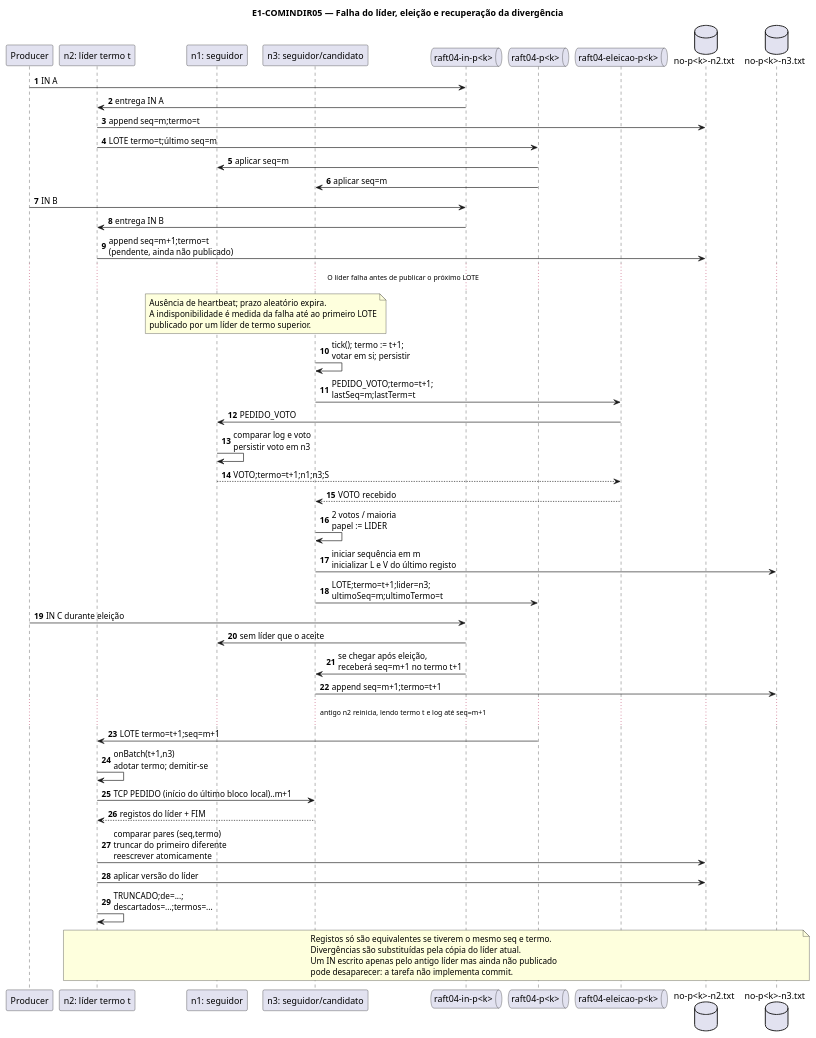
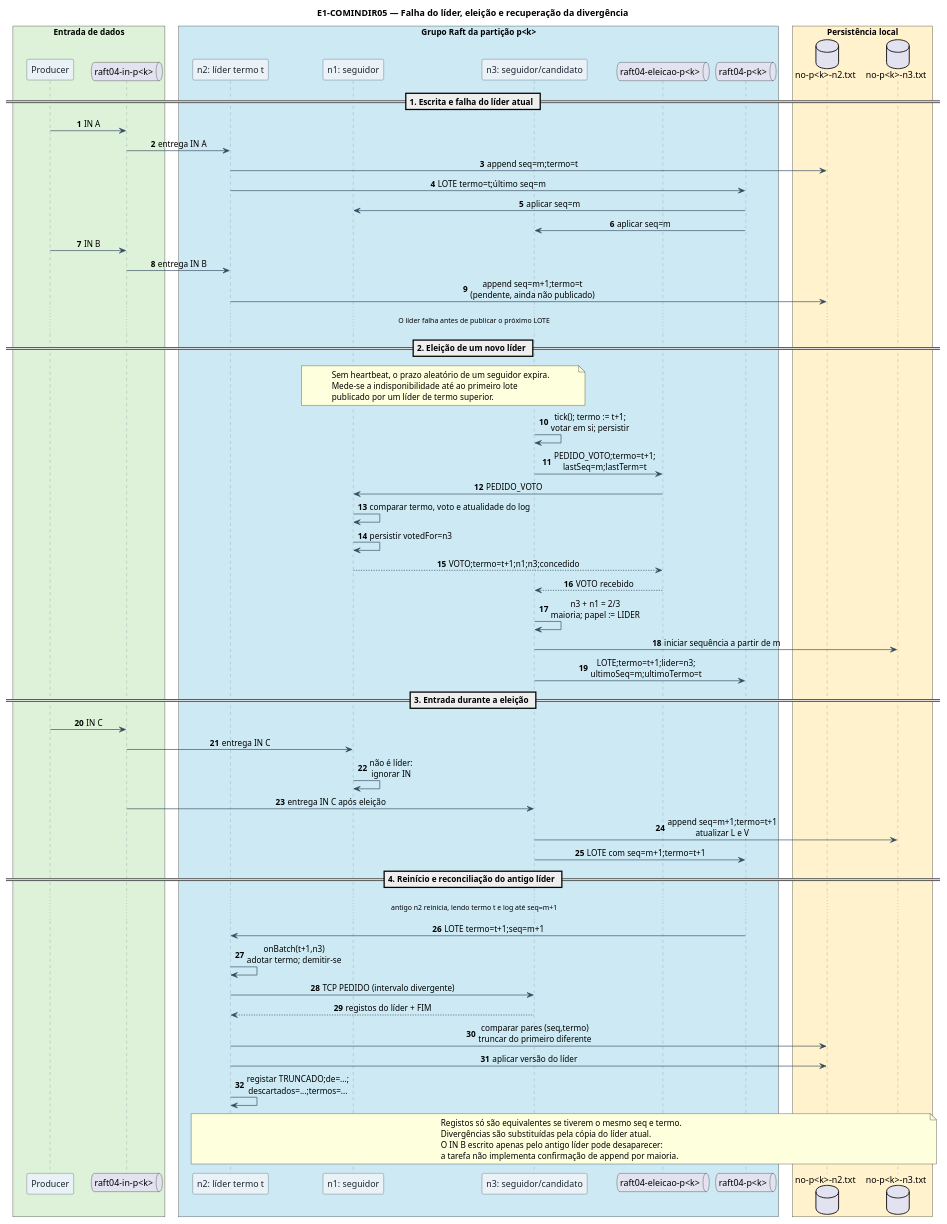
The first of 2 diagrams in Sprints/E1-COMINDIR05/uml/04-sequencia-falha-e-reconciliacao.puml (rafsilv26/SD-2026-2027), drawn with PlantUML before and after one commit. The commit also changed other lines of this file and 2 other files, not shown here.

Commit message:
Style E1-COMINDIR05 sequence diagrams
Group sequence participants into colored system zones and divide election, replication, and recovery flows into numbered phases.

```diff
--- a/Sprints/E1-COMINDIR05/uml/04-sequencia-falha-e-reconciliacao.puml
+++ b/Sprints/E1-COMINDIR05/uml/04-sequencia-falha-e-reconciliacao.puml
@@ -1,65 +1,102 @@
 @startuml E1-COMINDIR05-Falha
 title E1-COMINDIR05 — Falha do líder, eleição e recuperação da divergência
 autonumber
+skinparam backgroundColor #FFFFFF
+skinparam shadowing false
+skinparam defaultFontName Arial
+skinparam ParticipantPadding 18
+skinparam BoxPadding 10
+skinparam sequenceMessageAlign center
+skinparam responseMessageBelowArrow true
+skinparam sequence {
+  ArrowColor #34495E
+  LifeLineBorderColor #85929E
+  LifeLineBackgroundColor #F8F9F9
+  ParticipantBorderColor #34495E
+  ParticipantBackgroundColor #EAF2F8
+  ParticipantFontColor #1B2631
+  ActorBorderColor #34495E
+  ActorBackgroundColor #E8F8F5
+  SequenceGroupBorderColor #7F8C8D
+  SequenceGroupBackgroundColor #F4F6F7
+}
 
+box "Entrada de dados" #DDF2D8
 participant "Producer" as Producer
+queue "raft04-in-p<k>" as Input
+end box
+
+box "Grupo Raft da partição p<k>" #CDEAF4
 participant "n2: líder termo t" as OldLeader
 participant "n1: seguidor" as N1
 participant "n3: seguidor/candidato" as N3
-queue "raft04-in-p<k>" as Input
+queue "raft04-eleicao-p<k>" as Election
 queue "raft04-p<k>" as Data
-queue "raft04-eleicao-p<k>" as Election
+end box
+
+box "Persistência local" #FFF2CC
 database "no-p<k>-n2.txt" as OldLog
 database "no-p<k>-n3.txt" as NewLog
+end box
+
+== 1. Escrita e falha do líder atual ==
 
 Producer -> Input : IN A
 Input -> OldLeader : entrega IN A
 OldLeader -> OldLog : append seq=m;termo=t
 OldLeader -> Data : LOTE termo=t;último seq=m
 Data -> N1 : aplicar seq=m
 Data -> N3 : aplicar seq=m
 
 Producer -> Input : IN B
 Input -> OldLeader : entrega IN B
 OldLeader -> OldLog : append seq=m+1;termo=t\n(pendente, ainda não publicado)
 
 ... O líder falha antes de publicar o próximo LOTE ...
 
+== 2. Eleição de um novo líder ==
+
 note over N1,N3
-  Ausência de heartbeat; prazo aleatório expira.
-  A indisponibilidade é medida da falha até ao primeiro LOTE
+  Sem heartbeat, o prazo aleatório de um seguidor expira.
+  Mede-se a indisponibilidade até ao primeiro lote
   publicado por um líder de termo superior.
 end note
-
 N3 -> N3 : tick(); termo := t+1;\nvotar em si; persistir
 N3 -> Election : PEDIDO_VOTO;termo=t+1;\nlastSeq=m;lastTerm=t
 Election -> N1 : PEDIDO_VOTO
-N1 -> N1 : comparar log e voto\npersistir voto em n3
-N1 --> Election : VOTO;termo=t+1;n1;n3;S
+N1 -> N1 : comparar termo, voto e atualidade do log
+N1 -> N1 : persistir votedFor=n3
+N1 --> Election : VOTO;termo=t+1;n1;n3;concedido
 Election --> N3 : VOTO recebido
-N3 -> N3 : 2 votos / maioria\npapel := LIDER
-N3 -> NewLog : iniciar sequência em m\ninicializar L e V do último registo
+N3 -> N3 : n3 + n1 = 2/3\nmaioria; papel := LIDER
+N3 -> NewLog : iniciar sequência a partir de m
 N3 -> Data : LOTE;termo=t+1;lider=n3;\nultimoSeq=m;ultimoTermo=t
 
-Producer -> Input : IN C durante eleição
-Input -> N1 : sem líder que o aceite
-Input -> N3 : se chegar após eleição,\nreceberá seq=m+1 no termo t+1
-N3 -> NewLog : append seq=m+1;termo=t+1
+== 3. Entrada durante a eleição ==
+
+Producer -> Input : IN C
+Input -> N1 : entrega IN C
+N1 -> N1 : não é líder:\nignorar IN
+Input -> N3 : entrega IN C após eleição
+N3 -> NewLog : append seq=m+1;termo=t+1\natualizar L e V
+N3 -> Data : LOTE com seq=m+1;termo=t+1
+
+== 4. Reinício e reconciliação do antigo líder ==
 
 ... antigo n2 reinicia, lendo termo t e log até seq=m+1 ...
 
 Data -> OldLeader : LOTE termo=t+1;seq=m+1
 OldLeader -> OldLeader : onBatch(t+1,n3)\nadotar termo; demitir-se
-OldLeader -> N3 : TCP PEDIDO (início do último bloco local)..m+1
+OldLeader -> N3 : TCP PEDIDO (intervalo divergente)
 N3 --> OldLeader : registos do líder + FIM
-OldLeader -> OldLog : comparar pares (seq,termo)\ntruncar do primeiro diferente\nreescrever atomicamente
+OldLeader -> OldLog : comparar pares (seq,termo)\ntruncar do primeiro diferente
 OldLeader -> OldLog : aplicar versão do líder
-OldLeader -> OldLeader : TRUNCADO;de=...;\ndescartados=...;termos=...
+OldLeader -> OldLeader : registar TRUNCADO;de=...;\ndescartados=...;termos=...
 
 note over OldLeader,NewLog
   Registos só são equivalentes se tiverem o mesmo seq e termo.
   Divergências são substituídas pela cópia do líder atual.
-  Um IN escrito apenas pelo antigo líder mas ainda não publicado
-  pode desaparecer: a tarefa não implementa commit.
+  O IN B escrito apenas pelo antigo líder pode desaparecer:
+  a tarefa não implementa confirmação de append por maioria.
 end note
 @enduml
```
